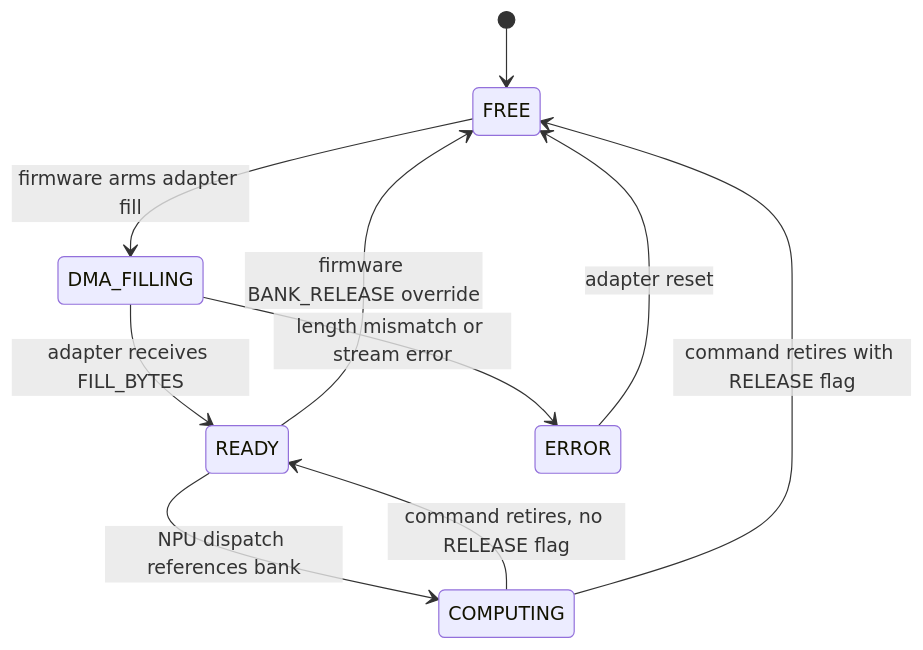
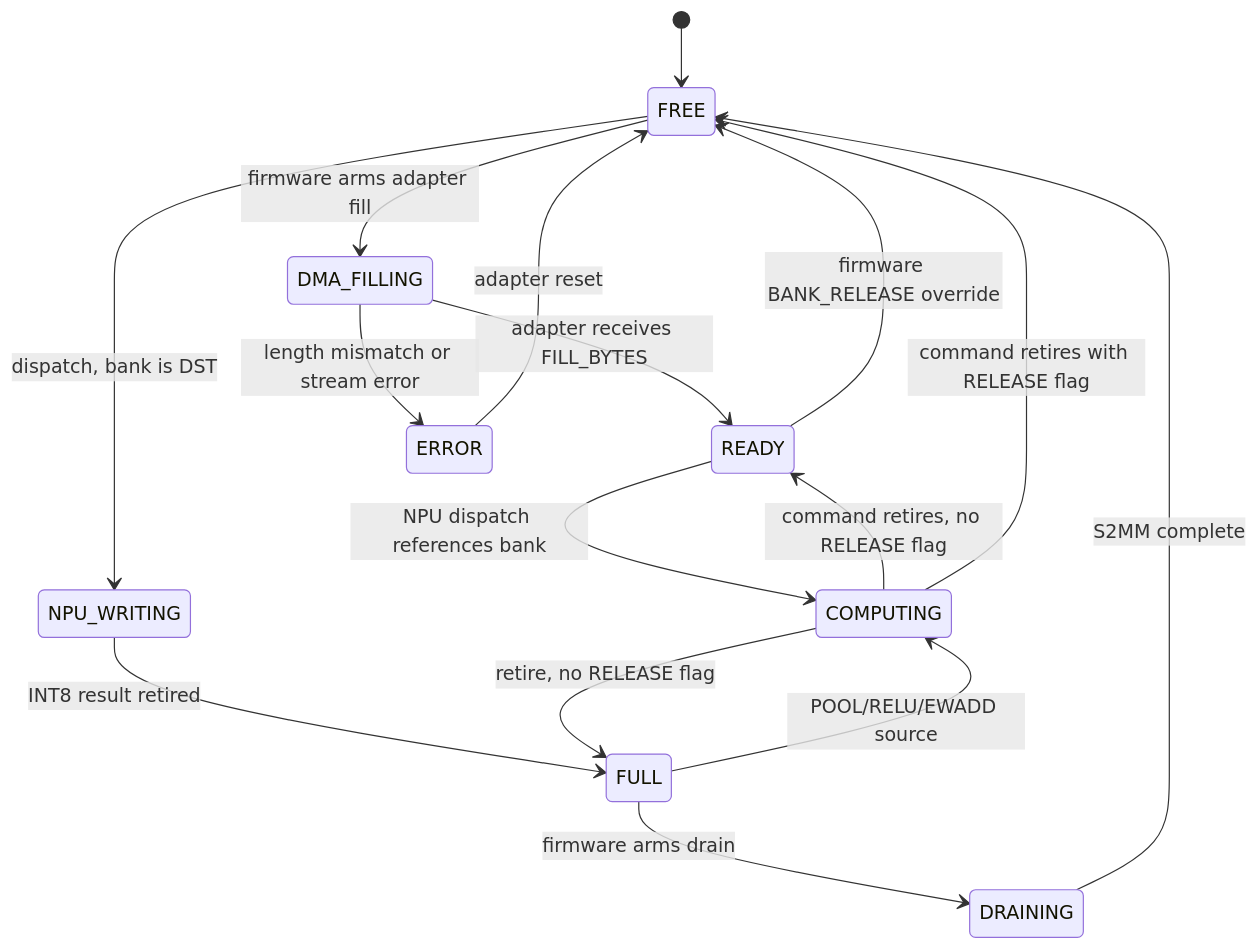
Before and after one commit to michaelgirg/raven: the fifth of 9 diagrams in docs/RISCV_Research.md, drawn with Mermaid. The commit also changed other lines of this file, not shown here.

````diff
--- a/docs/RISCV_Research.md
+++ b/docs/RISCV_Research.md
@@ -627,12 +641,18 @@
 ```mermaid
 stateDiagram-v2
     [*] --> FREE
     FREE --> DMA_FILLING: firmware arms adapter fill
     DMA_FILLING --> READY: adapter receives FILL_BYTES
     DMA_FILLING --> ERROR: length mismatch or stream error
     READY --> COMPUTING: NPU dispatch references bank
     COMPUTING --> READY: command retires, no RELEASE flag
     COMPUTING --> FREE: command retires with RELEASE flag
     READY --> FREE: firmware BANK_RELEASE override
+    FREE --> NPU_WRITING: dispatch, bank is DST
+    NPU_WRITING --> FULL: INT8 result retired
+    FULL --> COMPUTING: POOL/RELU/EWADD source
+    COMPUTING --> FULL: retire, no RELEASE flag
+    FULL --> DRAINING: firmware arms drain
+    DRAINING --> FREE: S2MM complete
     ERROR --> FREE: adapter reset
 ```
````
